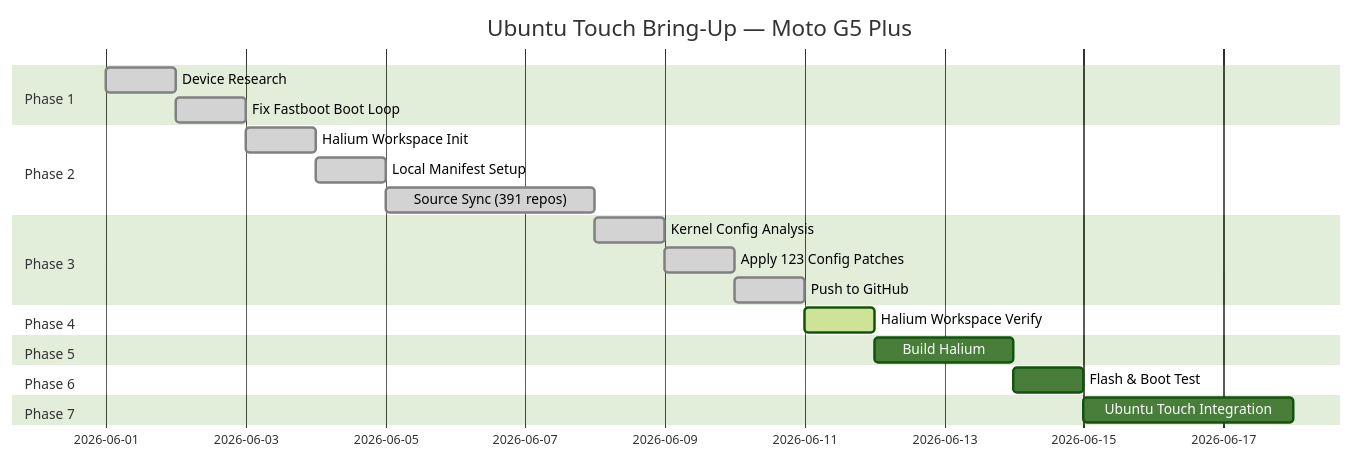
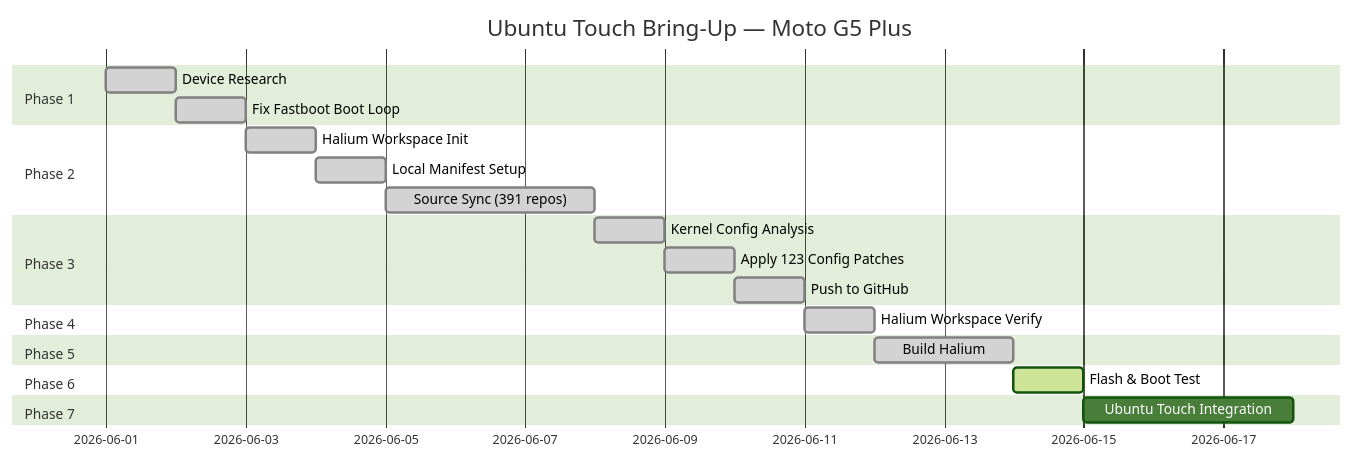
Before and after one commit to Nutricalboii/android_build_patches_potter: the sixth of 6 diagrams in ROADMAP.md, drawn with Mermaid (forest theme). The commit also changed other lines of this file and 1 other file, not shown here.

````diff
--- a/ROADMAP.md
+++ b/ROADMAP.md
@@ -751,24 +787,24 @@
 ```mermaid
 gantt
     title Ubuntu Touch Bring-Up — Moto G5 Plus
     dateFormat  YYYY-MM-DD
     section Phase 1
     Device Research           :done, p1, 2026-06-01, 1d
     Fix Fastboot Boot Loop    :done, p1b, after p1, 1d
     section Phase 2
     Halium Workspace Init     :done, p2, after p1b, 1d
     Local Manifest Setup      :done, p2b, after p2, 1d
     Source Sync (391 repos)   :done, p2c, after p2b, 3d
     section Phase 3
     Kernel Config Analysis    :done, p3, after p2c, 1d
     Apply 123 Config Patches  :done, p3b, after p3, 1d
     Push to GitHub            :done, p3c, after p3b, 1d
     section Phase 4
-    Halium Workspace Verify   :active, p4, after p3c, 1d
+    Halium Workspace Verify   :done, p4, after p3c, 1d
     section Phase 5
-    Build Halium              :p5, after p4, 2d
+    Build Halium              :done, p5, after p4, 2d
     section Phase 6
-    Flash & Boot Test         :p6, after p5, 1d
+    Flash & Boot Test         :active, p6, after p5, 1d
     section Phase 7
     Ubuntu Touch Integration  :p7, after p6, 3d
 ```
````
